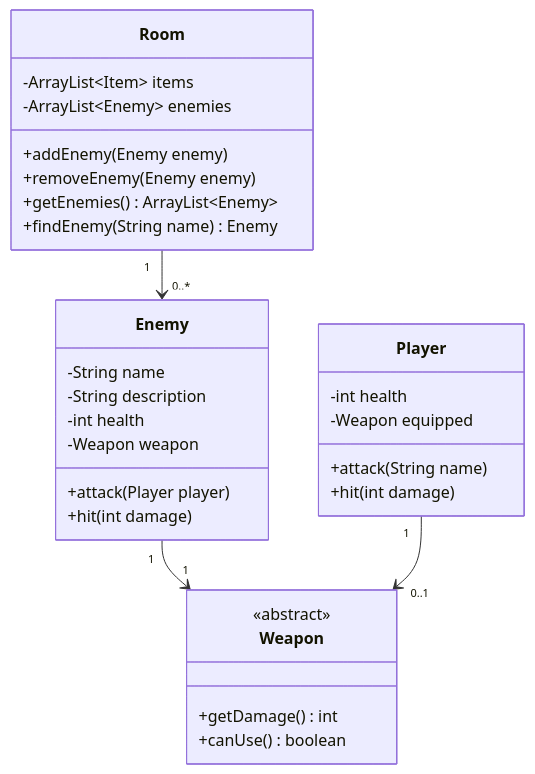
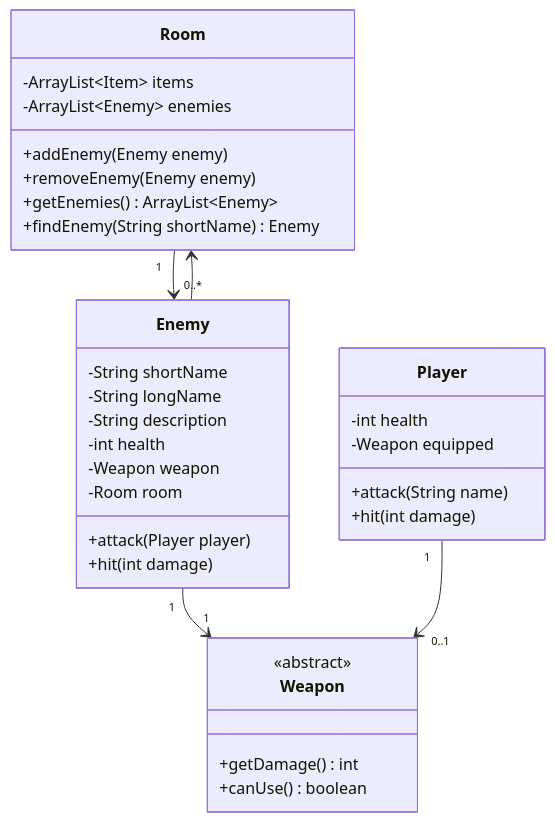
Before and after one commit to CheMical/DAT-GBG-DA-E26AB: the diagram in 41/02_tir_2026-10-06/README.md, drawn with Mermaid. The commit also changed other lines of this file and 20 other files, not shown here.

````diff
--- a/41/02_tir_2026-10-06/README.md
+++ b/41/02_tir_2026-10-06/README.md
@@ -86,34 +88,37 @@
 ```mermaid
 classDiagram
     class Room {
         -ArrayList~Item~ items
         -ArrayList~Enemy~ enemies
         +addEnemy(Enemy enemy)
         +removeEnemy(Enemy enemy)
         +getEnemies() ArrayList~Enemy~
-        +findEnemy(String name) Enemy
+        +findEnemy(String shortName) Enemy
     }
     class Player {
         -int health
         -Weapon equipped
         +attack(String name)
         +hit(int damage)
     }
     class Enemy {
-        -String name
+        -String shortName
+        -String longName
         -String description
         -int health
         -Weapon weapon
+        -Room room
         +attack(Player player)
         +hit(int damage)
     }
     class Weapon {
         <<abstract>>
         +getDamage() int
         +canUse() boolean
     }
 
     Room "1" --> "0..*" Enemy
     Enemy "1" --> "1" Weapon
     Player "1" --> "0..1" Weapon
+    Enemy --> Room
 ```
````
